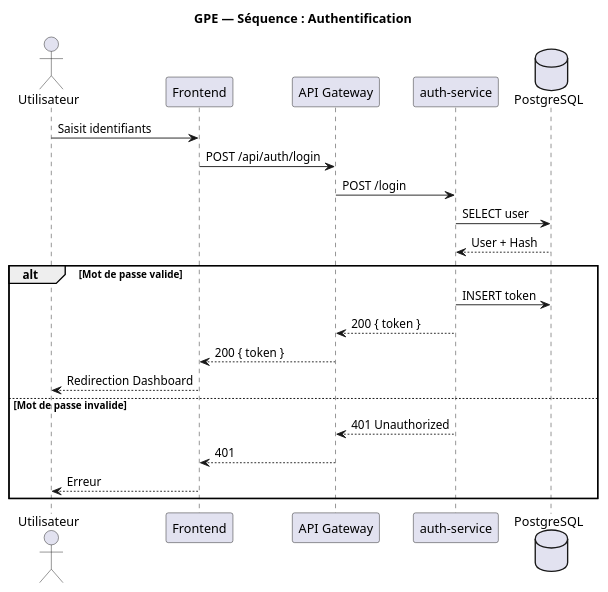
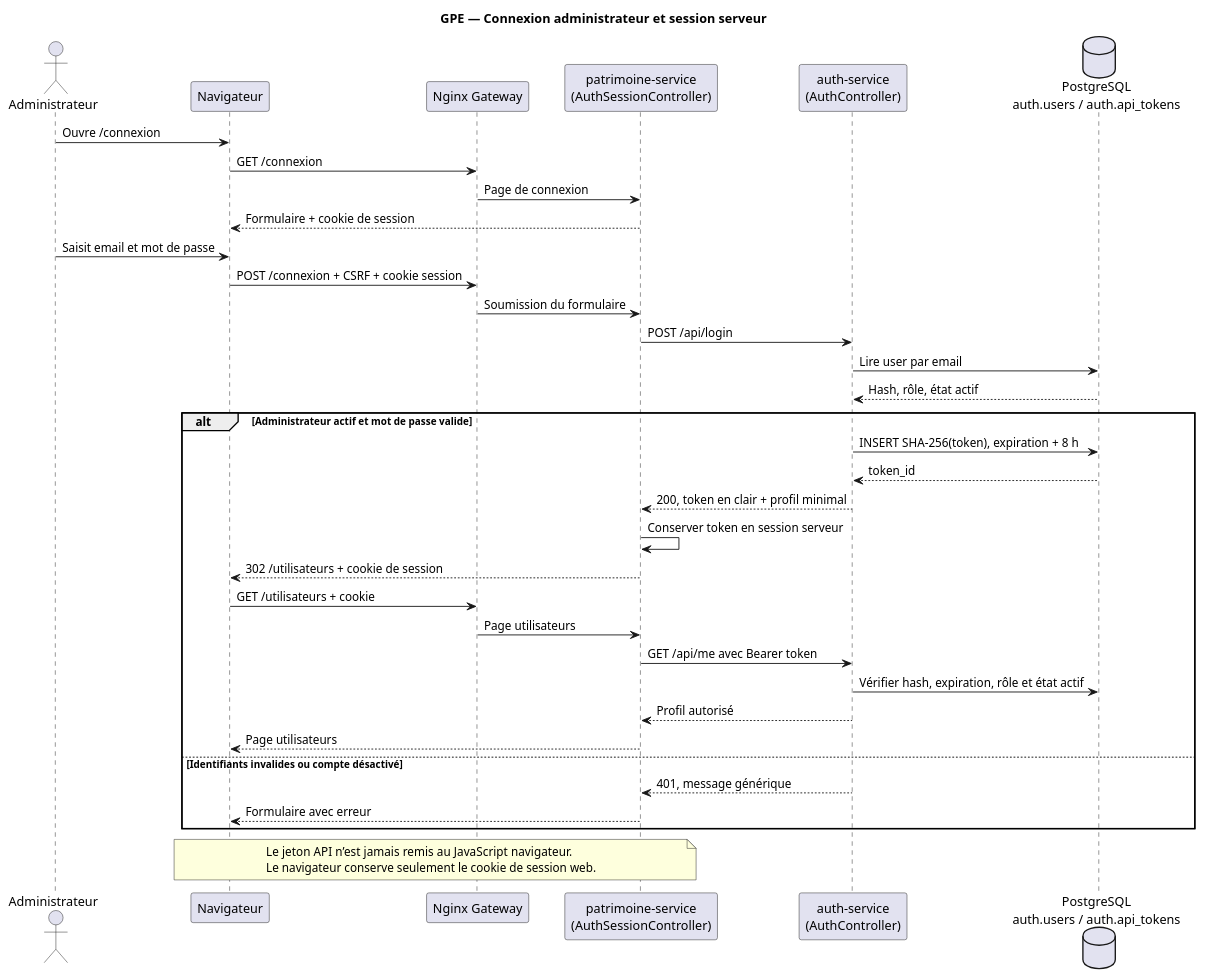
The diagram in docs/uml/03-sequence-login.puml (goliamelerolande-lab/gestion-patrimoine-etat), drawn with PlantUML before and after one commit. The commit also changed 14 other files, not shown here.

```diff
--- a/docs/uml/03-sequence-login.puml
+++ b/docs/uml/03-sequence-login.puml
@@ -1,24 +1,41 @@
 @startuml
-title GPE — Séquence : Authentification
-actor Utilisateur
-participant "Frontend" as FE
-participant "API Gateway" as GW
-participant "auth-service" as AUTH
-database "PostgreSQL" as DB
+title GPE — Connexion administrateur et session serveur
+actor Administrateur
+participant Navigateur
+participant "Nginx Gateway" as GW
+participant "patrimoine-service\n(AuthSessionController)" as WEB
+participant "auth-service\n(AuthController)" as AUTH
+database "PostgreSQL\nauth.users / auth.api_tokens" as DB
 
-Utilisateur -> FE : Saisit identifiants
-FE -> GW : POST /api/auth/login
-GW -> AUTH : POST /login
-AUTH -> DB : SELECT user
-DB --> AUTH : User + Hash
-alt Mot de passe valide
-  AUTH -> DB : INSERT token
-  AUTH --> GW : 200 { token }
-  GW --> FE : 200 { token }
-  FE --> Utilisateur : Redirection Dashboard
-else Mot de passe invalide
-  AUTH --> GW : 401 Unauthorized
-  GW --> FE : 401
-  FE --> Utilisateur : Erreur
+Administrateur -> Navigateur : Ouvre /connexion
+Navigateur -> GW : GET /connexion
+GW -> WEB : Page de connexion
+WEB --> Navigateur : Formulaire + cookie de session
+Administrateur -> Navigateur : Saisit email et mot de passe
+Navigateur -> GW : POST /connexion + CSRF + cookie session
+GW -> WEB : Soumission du formulaire
+WEB -> AUTH : POST /api/login
+AUTH -> DB : Lire user par email
+DB --> AUTH : Hash, rôle, état actif
+alt Administrateur actif et mot de passe valide
+  AUTH -> DB : INSERT SHA-256(token), expiration + 8 h
+  DB --> AUTH : token_id
+  AUTH --> WEB : 200, token en clair + profil minimal
+  WEB -> WEB : Conserver token en session serveur
+  WEB --> Navigateur : 302 /utilisateurs + cookie de session
+  Navigateur -> GW : GET /utilisateurs + cookie
+  GW -> WEB : Page utilisateurs
+  WEB -> AUTH : GET /api/me avec Bearer token
+  AUTH -> DB : Vérifier hash, expiration, rôle et état actif
+  AUTH --> WEB : Profil autorisé
+  WEB --> Navigateur : Page utilisateurs
+else Identifiants invalides ou compte désactivé
+  AUTH --> WEB : 401, message générique
+  WEB --> Navigateur : Formulaire avec erreur
 end
+
+note over Navigateur,WEB
+Le jeton API n’est jamais remis au JavaScript navigateur.
+Le navigateur conserve seulement le cookie de session web.
+end note
 @enduml
```
